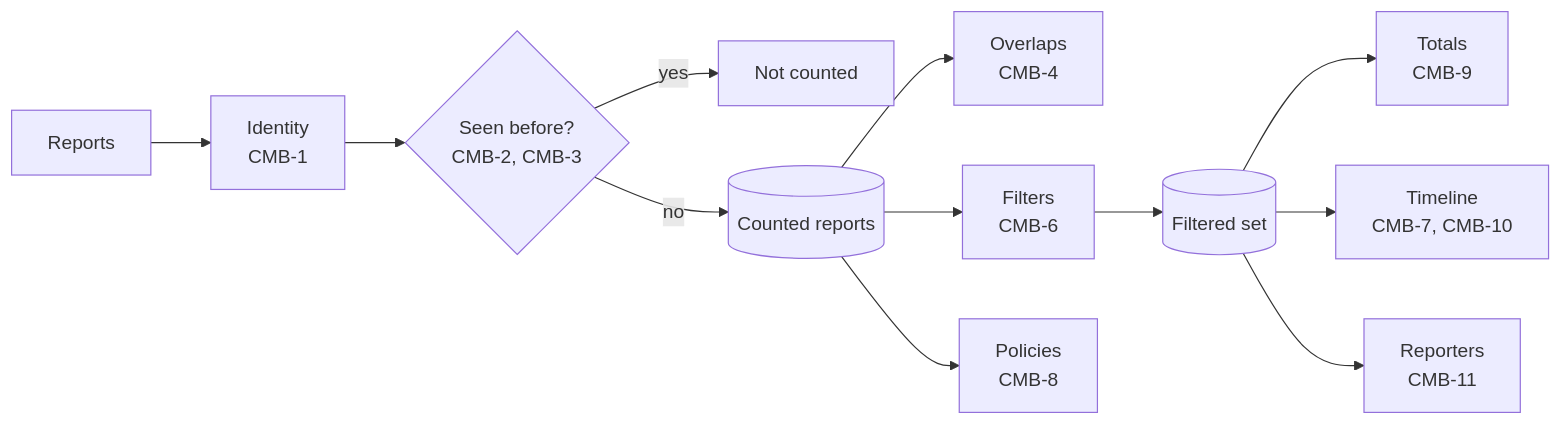
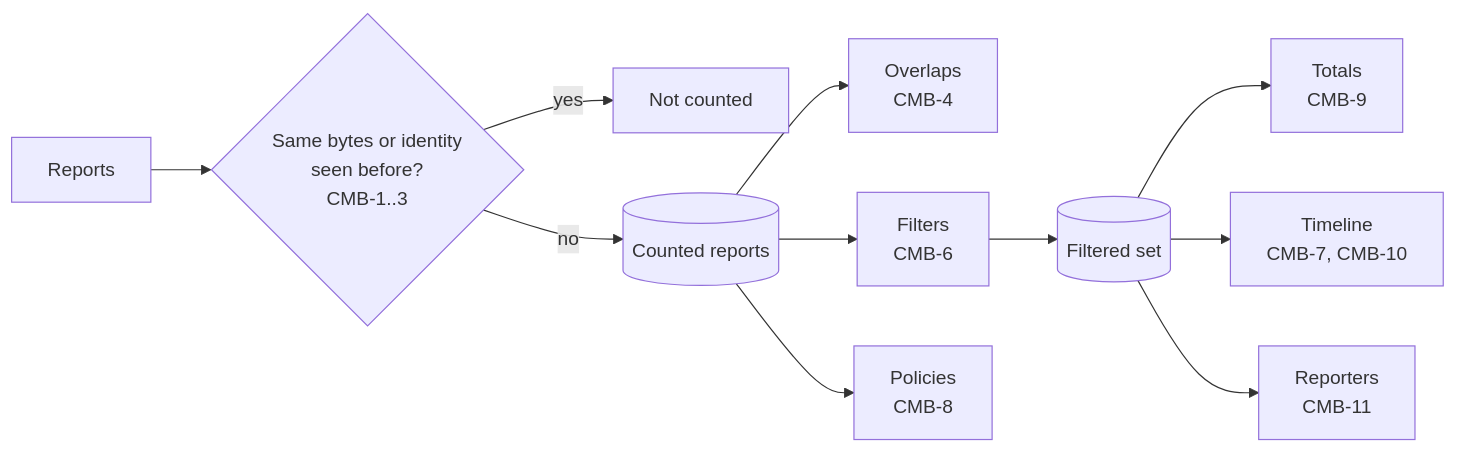
Before and after one commit to photom/benchside: the diagram in docs/reference/dmarc-aggregate/combine.md, drawn with Mermaid. The commit also changed other lines of this file and 9 other files, not shown here.

````diff
--- a/docs/reference/dmarc-aggregate/combine.md
+++ b/docs/reference/dmarc-aggregate/combine.md
@@ -5,12 +5,12 @@
 ```mermaid
 flowchart LR
-  reps[Reports] --> id["Identity<br/>CMB-1"] --> dup{"Seen before?<br/>CMB-2, CMB-3"}
+  reps[Reports] --> dup{"Same bytes or identity<br/>seen before?<br/>CMB-1..3"}
   dup -->|yes| skip[Not counted]
   dup -->|no| set[(Counted reports)]
   set --> ov["Overlaps<br/>CMB-4"]
   set --> filt["Filters<br/>CMB-6"] --> fs[(Filtered set)]
   fs --> tot["Totals<br/>CMB-9"]
   fs --> tl["Timeline<br/>CMB-7, CMB-10"]
   fs --> rp["Reporters<br/>CMB-11"]
   set --> pol["Policies<br/>CMB-8"]
 ```
````
